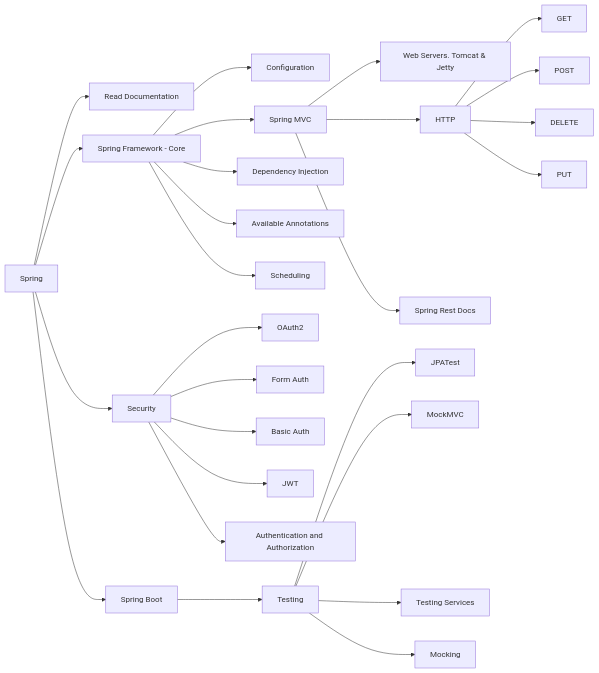
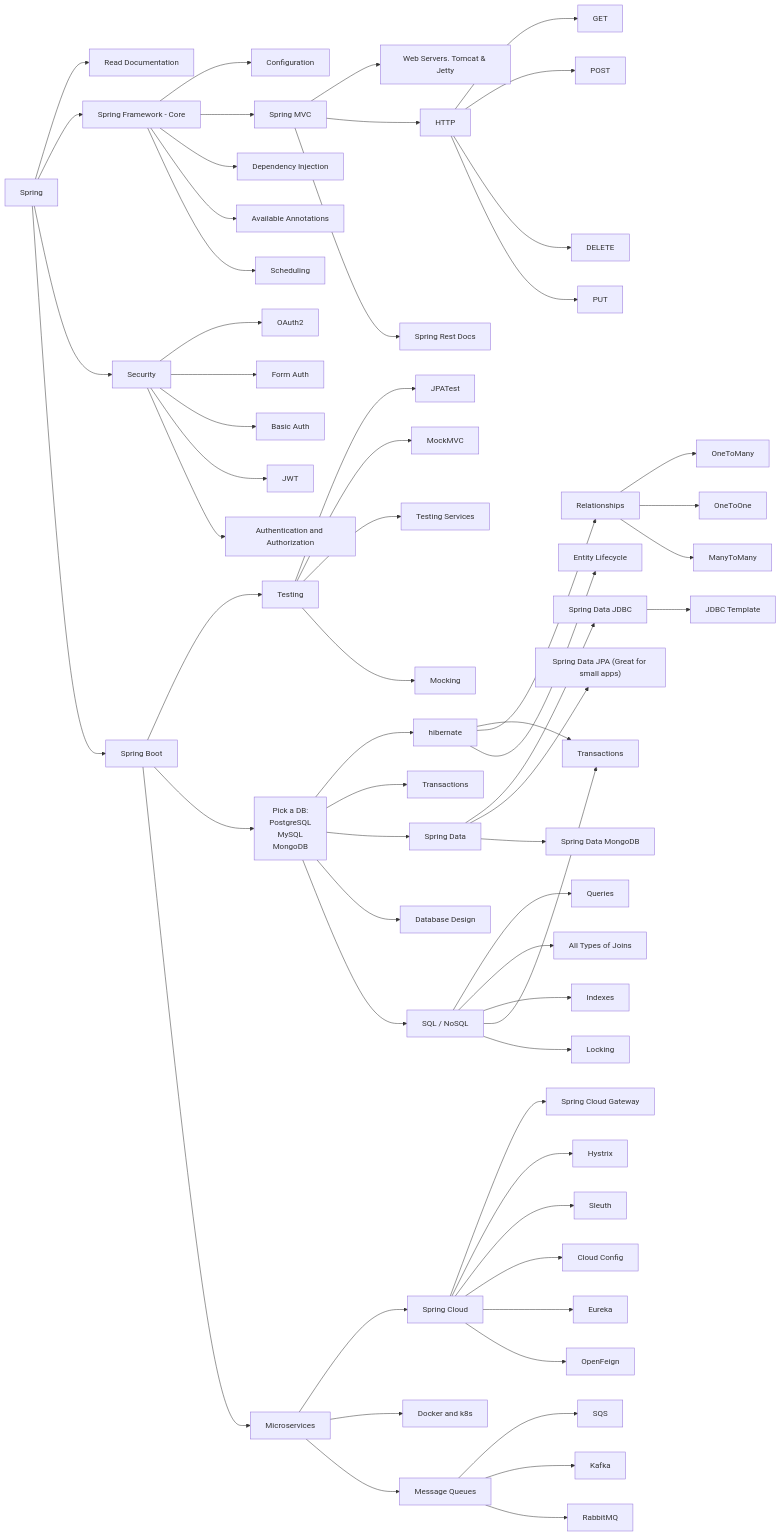
The diagram in README.md (Bhawna751/Spring-Boot-Notes), drawn with Mermaid before and after one commit.

````diff
--- a/README.md
+++ b/README.md
@@ -42,4 +42,59 @@
     docs["Spring Rest Docs"]
     G --> Tom & http & docs
     http --> get & post & del & put
+
+    db["`Pick a DB:
+         PostgreSQL
+         MySQL
+         MongoDB`"]
+    micro["Microservices"]
+    E --> db & micro
+
+    hb["hibernate"]
+    trans["Transactions"]
+    sd["Spring Data"]
+    dbDes["Database Design"]
+    sql["SQL / NoSQL"]
+    db --> hb & trans & sd & dbDes & sql
+
+    tr["Transactions"]
+    rs["Relationships"]
+    life["Entity Lifecycle"]
+    hb --> tr & rs & life
+
+    rs1["OneToMany"]
+    rs2["OneToOne"]
+    rs3["ManyToMany"]
+    rs --> rs1 & rs2 & rs3
+
+    jdbc["Spring Data JDBC"]
+    temp["JDBC Template"]
+    jpa["Spring Data JPA (Great for small apps)"]
+    mongo["Spring Data MongoDB"]
+    sd --> jdbc --> temp
+    sd --> jpa & mongo
+
+    query["Queries"]
+    joins["All Types of Joins"]
+    ind["Indexes"]
+    tr["Transactions"]
+    lock["Locking"]
+    sql --> query & joins & ind & tr & lock
+
+    sp["Spring Cloud"]
+    sp1["Spring Cloud Gateway"]
+    sp2["Hystrix"]
+    sp3["Sleuth"]
+    sp4["Cloud Config"]
+    sp5["Eureka"]
+    sp6["OpenFeign"]
+    micro --> sp --> sp1 & sp2 & sp3 & sp4 & sp5 & sp6
+
+    dock["Docker and k8s"]
+    msg["Message Queues"]
+    msg1["SQS"]
+    msg2["Kafka"]
+    msg3["RabbitMQ"]
+    micro --> dock & msg
+    msg --> msg1 & msg2 & msg3
 ```
````
